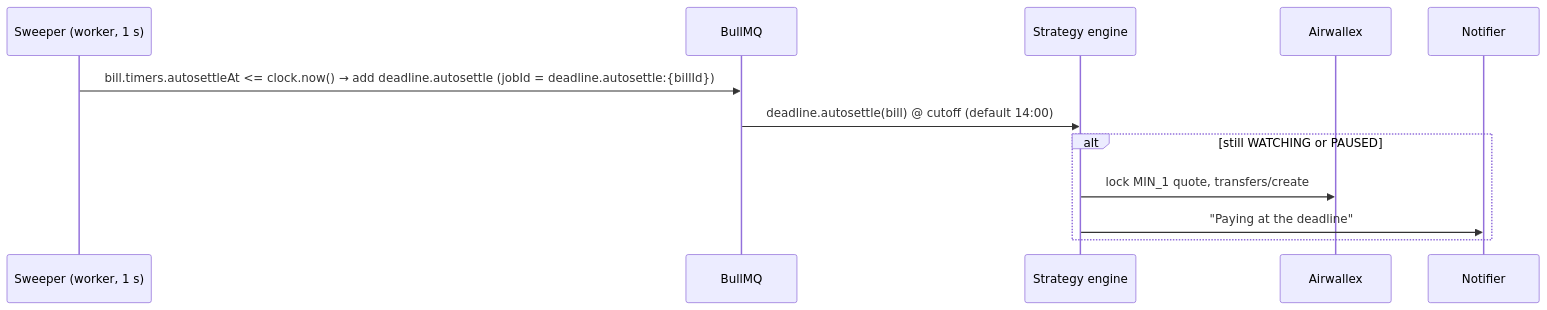
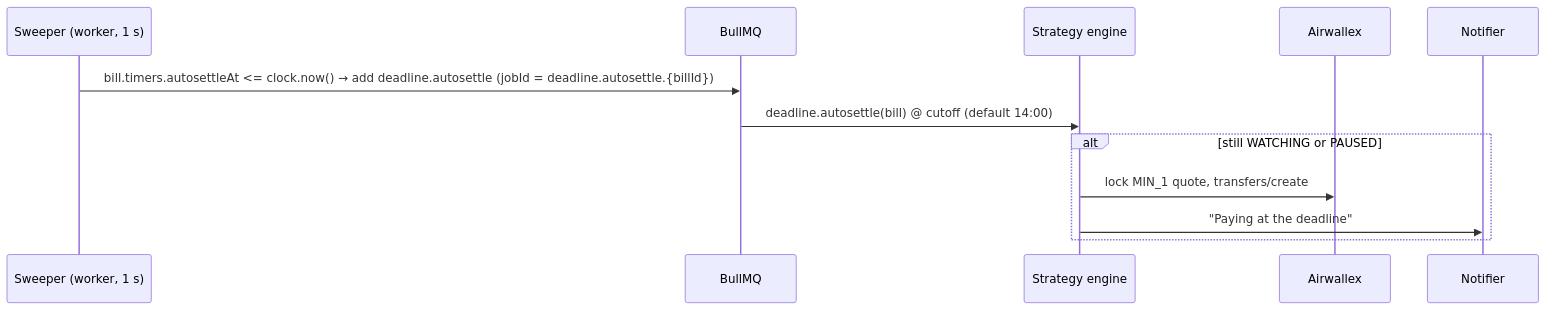
One commit to awx-devx/airwallex-fx-target-payment changed the fourth of 4 diagrams in docs/02-architecture.md. Above: the diagram before and after it, drawn with Mermaid. The commit also changed other lines of this file and 69 other files, not shown here.

````diff
--- a/docs/02-architecture.md
+++ b/docs/02-architecture.md
@@ -233,14 +233,14 @@
 ```mermaid
 sequenceDiagram
   participant S as Sweeper (worker, 1 s)
   participant Q as BullMQ
   participant SE as Strategy engine
   participant AWX as Airwallex
   participant N as Notifier
-  S->>Q: bill.timers.autosettleAt <= clock.now() → add deadline.autosettle (jobId = deadline.autosettle:{billId})
+  S->>Q: bill.timers.autosettleAt <= clock.now() → add deadline.autosettle (jobId = deadline.autosettle.{billId})
   Q->>SE: deadline.autosettle(bill) @ cutoff (default 14:00)
   alt still WATCHING or PAUSED
     SE->>AWX: lock MIN_1 quote, transfers/create
     SE->>N: "Paying at the deadline"
   end
 ```
````
